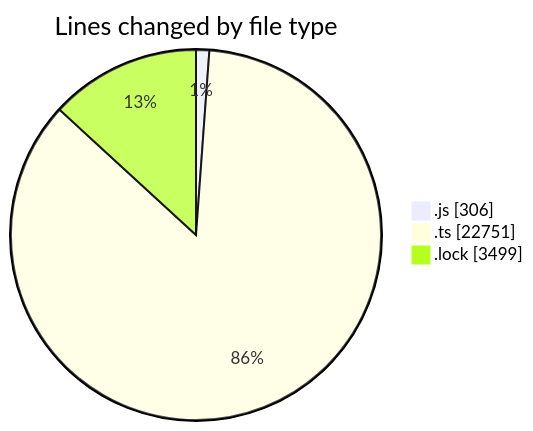
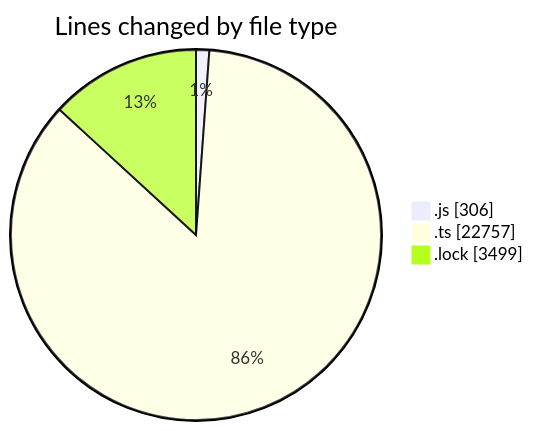
The first of 2 diagrams in 2025-05-27/cda/README.md (momahboobian/code-tracking), drawn with Mermaid before and after one commit. The commit also changed other lines of this file and 1 other file, not shown here.

````diff
--- a/2025-05-27/cda/README.md
+++ b/2025-05-27/cda/README.md
@@ -28,7 +28,7 @@
 ```mermaid
 pie showData
 title Lines changed by file type
 ".js" : 306
-".ts" : 22751
+".ts" : 22757
 ".lock" : 3499
 ```
````
